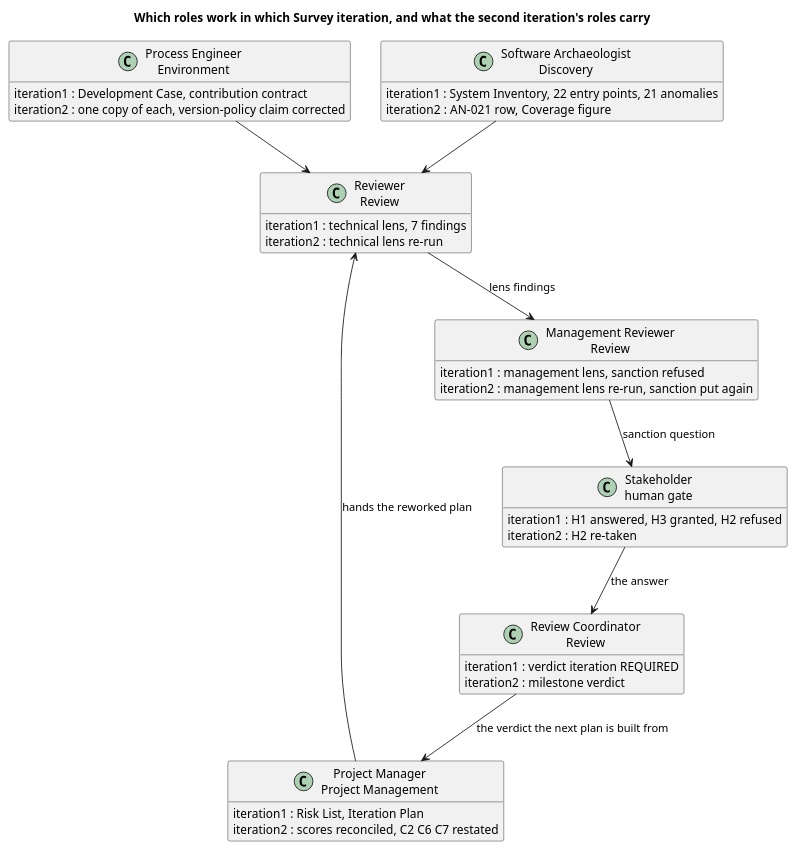
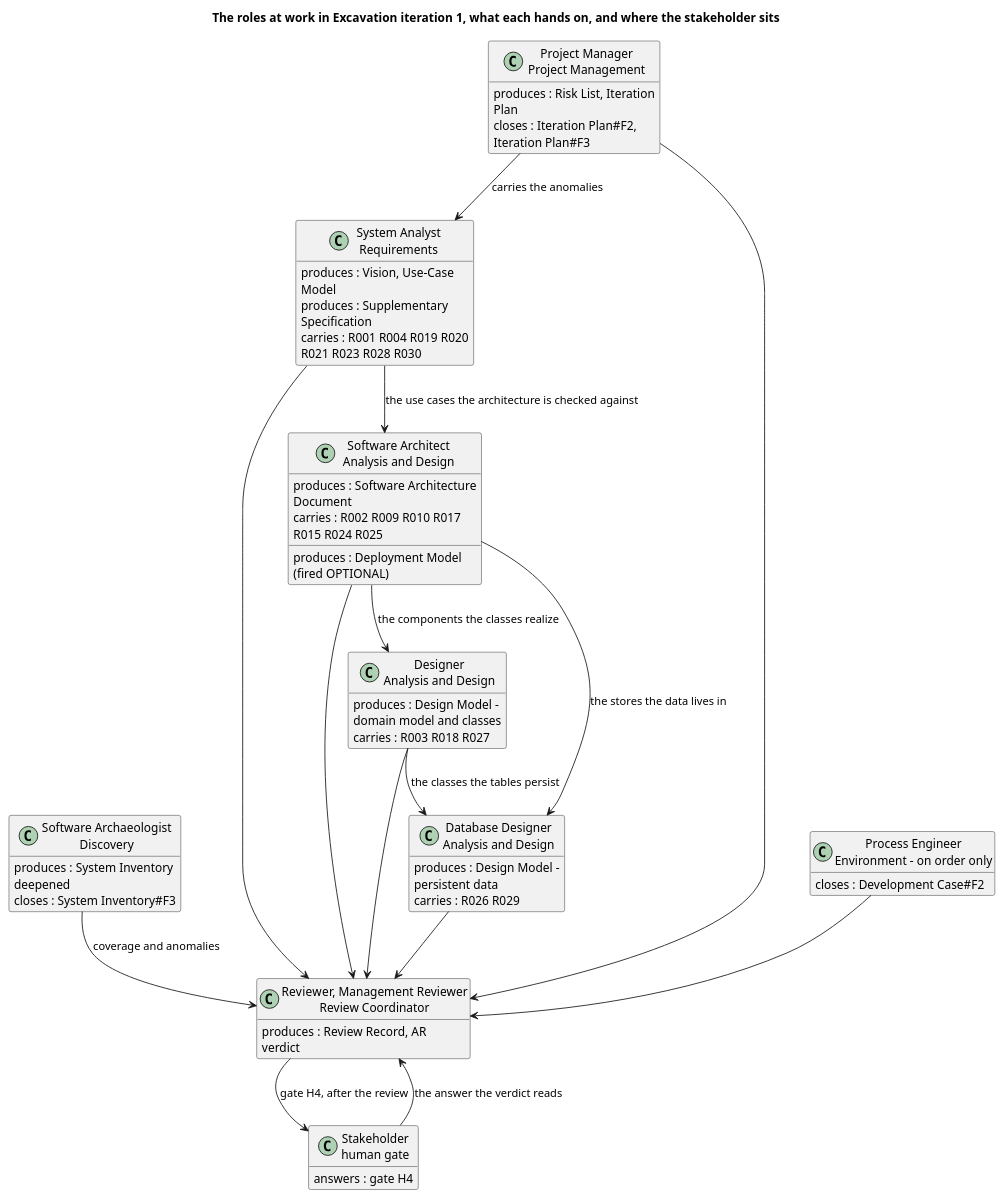
Before and after one commit to banense-test/TodoApp: the fourth of 4 diagrams in docs/artifacts/project-management/iteration-plan.md, drawn with PlantUML. The commit also changed other lines of this file, not shown here.

First line of the commit message:
Project Manager [Excavation1]: upsert Iteration Plan

````diff
--- a/docs/artifacts/project-management/iteration-plan.md
+++ b/docs/artifacts/project-management/iteration-plan.md
@@ -234,46 +305,61 @@
 ```plantuml
 @startuml
-title Which roles work in which Survey iteration, and what the second iteration's roles carry
+title The roles at work in Excavation iteration 1, what each hands on, and where the stakeholder sits
 
 skinparam shadowing false
 skinparam classAttributeIconSize 0
 hide empty members
+skinparam wrapWidth 220
 
-class "Process Engineer\nEnvironment" as PE {
-  iteration1 : Development Case, contribution contract
-  iteration2 : one copy of each, version-policy claim corrected
+class "System Analyst\nRequirements" as SA {
+  produces : Vision, Use-Case Model
+  produces : Supplementary Specification
+  carries : R001 R004 R019 R020 R021 R023 R028 R030
 }
-class "Software Archaeologist\nDiscovery" as SA {
-  iteration1 : System Inventory, 22 entry points, 21 anomalies
-  iteration2 : AN-021 row, Coverage figure
+class "Software Architect\nAnalysis and Design" as AR {
+  produces : Software Architecture Document
+  produces : Deployment Model (fired OPTIONAL)
+  carries : R002 R009 R010 R017 R015 R024 R025
+}
+class "Designer\nAnalysis and Design" as DE {
+  produces : Design Model - domain model and classes
+  carries : R003 R018 R027
+}
+class "Database Designer\nAnalysis and Design" as DB {
+  produces : Design Model - persistent data
+  carries : R026 R029
+}
+class "Software Archaeologist\nDiscovery" as SWA {
+  produces : System Inventory deepened
+  closes : System Inventory#F3
 }
 class "Project Manager\nProject Management" as PM {
-  iteration1 : Risk List, Iteration Plan
-  iteration2 : scores reconciled, C2 C6 C7 restated
+  produces : Risk List, Iteration Plan
+  closes : Iteration Plan#F2, Iteration Plan#F3
 }
-class "Reviewer\nReview" as RV {
-  iteration1 : technical lens, 7 findings
-  iteration2 : technical lens re-run
+class "Process Engineer\nEnvironment - on order only" as PE {
+  closes : Development Case#F2
 }
-class "Management Reviewer\nReview" as MR {
-  iteration1 : management lens, sanction refused
-  iteration2 : management lens re-run, sanction put again
-}
-class "Review Coordinator\nReview" as RC {
-  iteration1 : verdict iteration REQUIRED
-  iteration2 : milestone verdict
+class "Reviewer, Management Reviewer\nReview Coordinator" as REV {
+  produces : Review Record, AR verdict
 }
 class "Stakeholder\nhuman gate" as SH {
-  iteration1 : H1 answered, H3 granted, H2 refused
-  iteration2 : H2 re-taken
+  answers : gate H4
 }
 
-PM --> RV : hands the reworked plan
-SA --> RV
-PE --> RV
-RV --> MR : lens findings
-MR --> SH : sanction question
-SH --> RC : the answer
-RC --> PM : the verdict the next plan is built from
+PM --> SA : carries the anomalies
+SA --> AR : the use cases the architecture is checked against
+AR --> DE : the components the classes realize
+AR --> DB : the stores the data lives in
+DE --> DB : the classes the tables persist
+SWA --> REV : coverage and anomalies
+SA --> REV
+AR --> REV
+DE --> REV
+DB --> REV
+PM --> REV
+PE --> REV
+REV --> SH : gate H4, after the review
+SH --> REV : the answer the verdict reads
 @enduml
 ```
````
